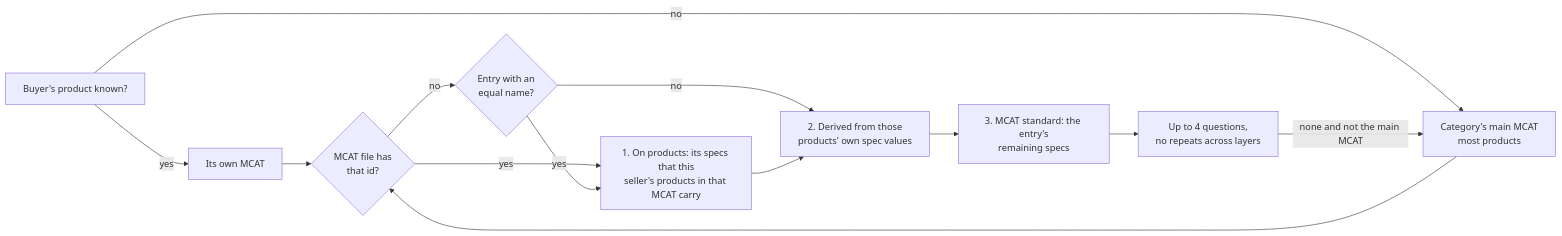
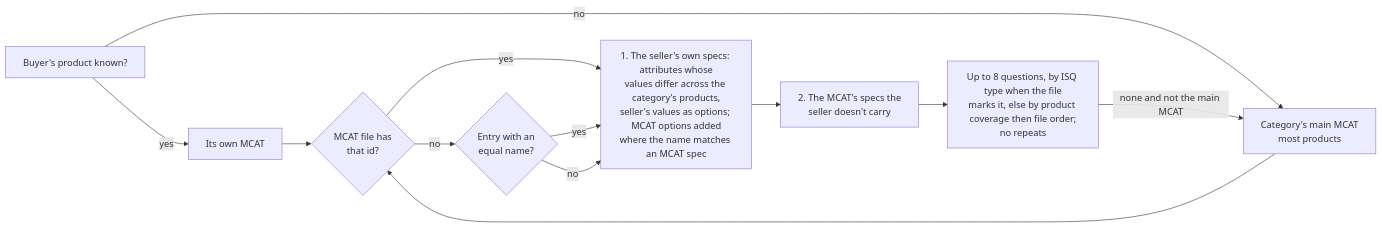
The fifth of 5 diagrams in docs/ARCHITECTURE.md (nitinsinghbalyan/chat-bot), drawn with Mermaid before and after one commit. The commit also changed other lines of this file and 9 other files, not shown here.

````diff
--- a/docs/ARCHITECTURE.md
+++ b/docs/ARCHITECTURE.md
@@ -151,15 +151,14 @@
 ```mermaid
 flowchart LR
   P[Buyer's product known?] -->|yes| PM[Its own MCAT]
   P -->|no| MM[Category's main MCAT<br/>most products]
   PM --> F{MCAT file has<br/>that id?}
   MM --> F
   F -->|no| N{Entry with an<br/>equal name?}
-  F -->|yes| S[1. On products: its specs that this<br/>seller's products in that MCAT carry]
+  F -->|yes| S[1. The seller's own specs: attributes whose<br/>values differ across the category's products,<br/>seller's values as options; MCAT options added<br/>where the name matches an MCAT spec]
   N -->|yes| S
-  N -->|no| D
-  S --> D[2. Derived from those<br/>products' own spec values]
-  D --> T[3. MCAT standard: the entry's<br/>remaining specs]
-  T --> Q[Up to 4 questions,<br/>no repeats across layers]
+  N -->|no| S
+  S --> T[2. The MCAT's specs the<br/>seller doesn't carry]
+  T --> Q[Up to 8 questions, by ISQ type when the file<br/>marks it, else by product coverage then file order;<br/>no repeats]
   Q -->|none and not the main MCAT| MM
 ```
````
